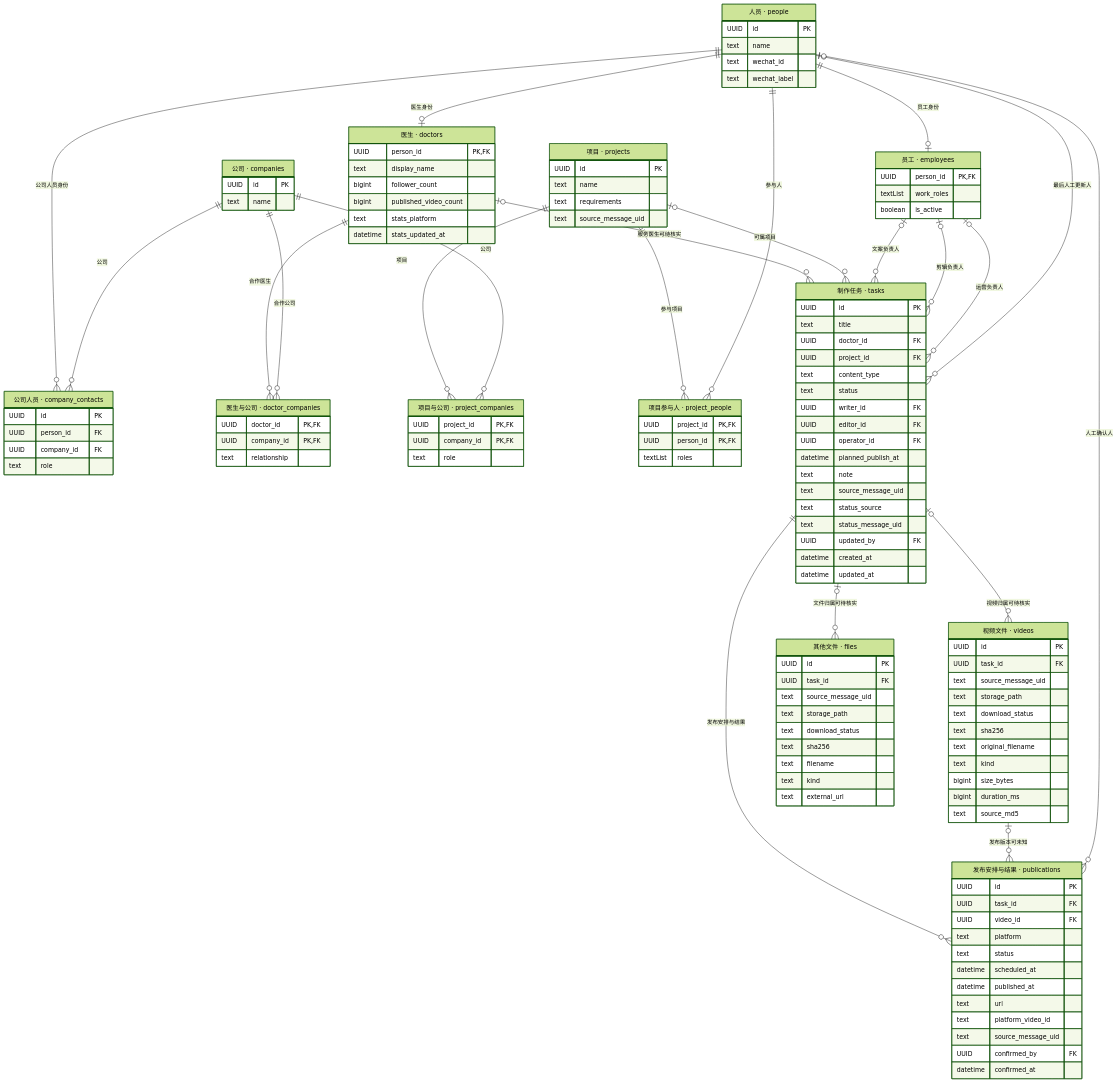
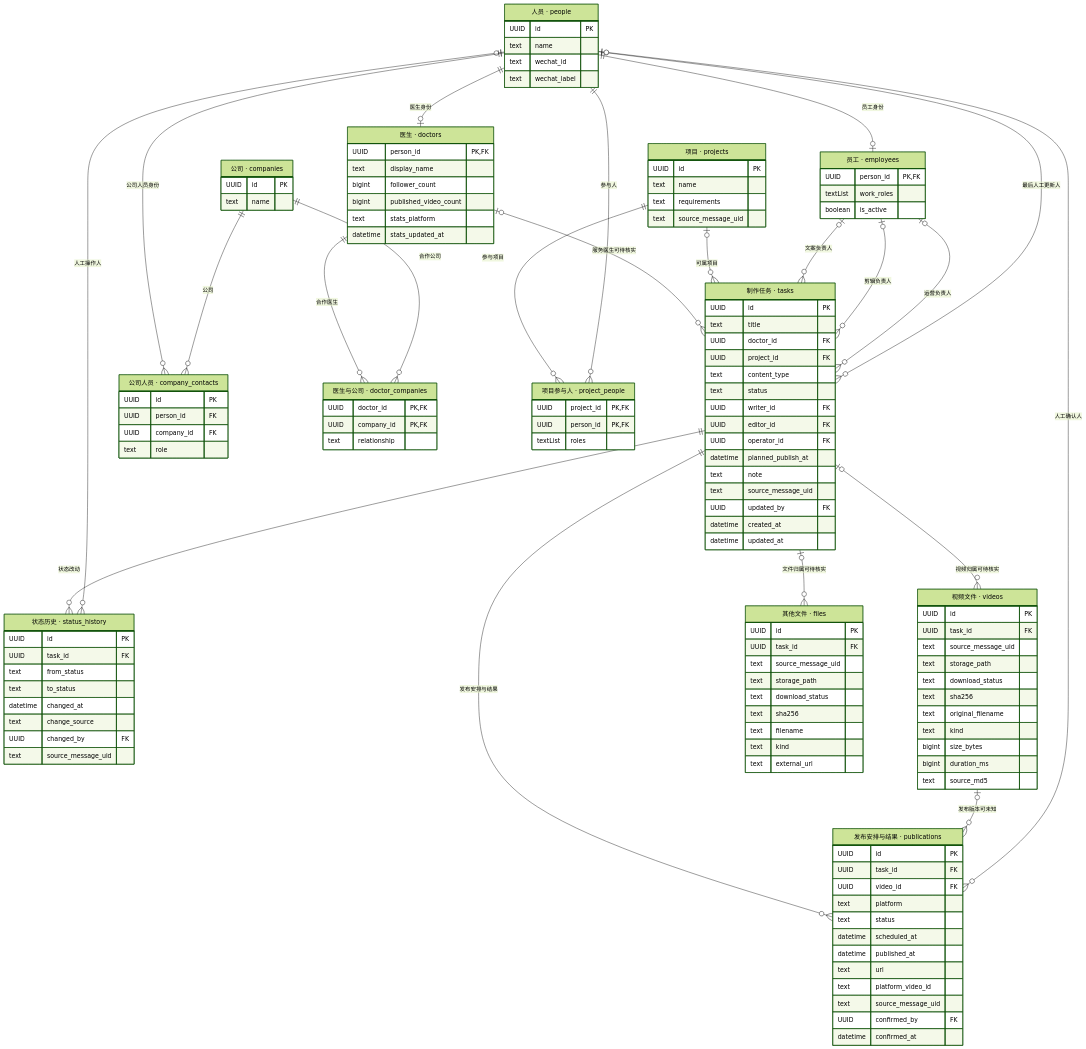
Before and after one commit to xunzhengkepu/docs: the diagram in task-model-20261017/maizi-task-database-20261017-v01-erd.mmd, drawn with Mermaid (forest theme). The commit also changed 8 other files, not shown here.

Commit message:
docs: update existing task design with status history

```diff
--- a/task-model-20261017/maizi-task-database-20261017-v01-erd.mmd
+++ b/task-model-20261017/maizi-task-database-20261017-v01-erd.mmd
@@ -1,129 +1,132 @@
 erDiagram
+    tasks ||--o{ status_history : "状态改动"
+    people o|--o{ status_history : "人工操作人"
     people ||--o| doctors : "医生身份"
     people ||--o| employees : "员工身份"
     people ||--o{ company_contacts : "公司人员身份"
     companies ||--o{ company_contacts : "公司"
     doctors ||--o{ doctor_companies : "合作医生"
     companies ||--o{ doctor_companies : "合作公司"
-    projects ||--o{ project_companies : "项目"
-    companies ||--o{ project_companies : "公司"
     projects ||--o{ project_people : "参与项目"
     people ||--o{ project_people : "参与人"
     doctors o|--o{ tasks : "服务医生可待核实"
     projects o|--o{ tasks : "可属项目"
     employees o|--o{ tasks : "文案负责人"
     employees o|--o{ tasks : "剪辑负责人"
     employees o|--o{ tasks : "运营负责人"
     people o|--o{ tasks : "最后人工更新人"
     tasks o|--o{ videos : "视频归属可待核实"
     tasks o|--o{ files : "文件归属可待核实"
     tasks ||--o{ publications : "发布安排与结果"
     videos o|--o{ publications : "发布版本可未知"
     people o|--o{ publications : "人工确认人"
     people["人员 · people"] {
         UUID id PK
         text name
         text wechat_id
         text wechat_label
     }
     doctors["医生 · doctors"] {
         UUID person_id PK,FK
         text display_name
         bigint follower_count
         bigint published_video_count
         text stats_platform
         datetime stats_updated_at
     }
     employees["员工 · employees"] {
         UUID person_id PK,FK
         textList work_roles
         boolean is_active
     }
     company_contacts["公司人员 · company_contacts"] {
         UUID id PK
         UUID person_id FK
         UUID company_id FK
         text role
     }
     companies["公司 · companies"] {
         UUID id PK
         text name
     }
     doctor_companies["医生与公司 · doctor_companies"] {
         UUID doctor_id PK,FK
         UUID company_id PK,FK
         text relationship
     }
     projects["项目 · projects"] {
         UUID id PK
         text name
         text requirements
         text source_message_uid
     }
-    project_companies["项目与公司 · project_companies"] {
-        UUID project_id PK,FK
-        UUID company_id PK,FK
-        text role
-    }
     project_people["项目参与人 · project_people"] {
         UUID project_id PK,FK
         UUID person_id PK,FK
         textList roles
     }
     tasks["制作任务 · tasks"] {
         UUID id PK
         text title
         UUID doctor_id FK
         UUID project_id FK
         text content_type
         text status
         UUID writer_id FK
         UUID editor_id FK
         UUID operator_id FK
         datetime planned_publish_at
         text note
         text source_message_uid
-        text status_source
-        text status_message_uid
         UUID updated_by FK
         datetime created_at
         datetime updated_at
+    }
+    status_history["状态历史 · status_history"] {
+        UUID id PK
+        UUID task_id FK
+        text from_status
+        text to_status
+        datetime changed_at
+        text change_source
+        UUID changed_by FK
+        text source_message_uid
     }
     videos["视频文件 · videos"] {
         UUID id PK
         UUID task_id FK
         text source_message_uid
         text storage_path
         text download_status
         text sha256
         text original_filename
         text kind
         bigint size_bytes
         bigint duration_ms
         text source_md5
     }
     files["其他文件 · files"] {
         UUID id PK
         UUID task_id FK
         text source_message_uid
         text storage_path
         text download_status
         text sha256
         text filename
         text kind
         text external_url
     }
     publications["发布安排与结果 · publications"] {
         UUID id PK
         UUID task_id FK
         UUID video_id FK
         text platform
         text status
         datetime scheduled_at
         datetime published_at
         text url
         text platform_video_id
         text source_message_uid
         UUID confirmed_by FK
         datetime confirmed_at
     }
```
